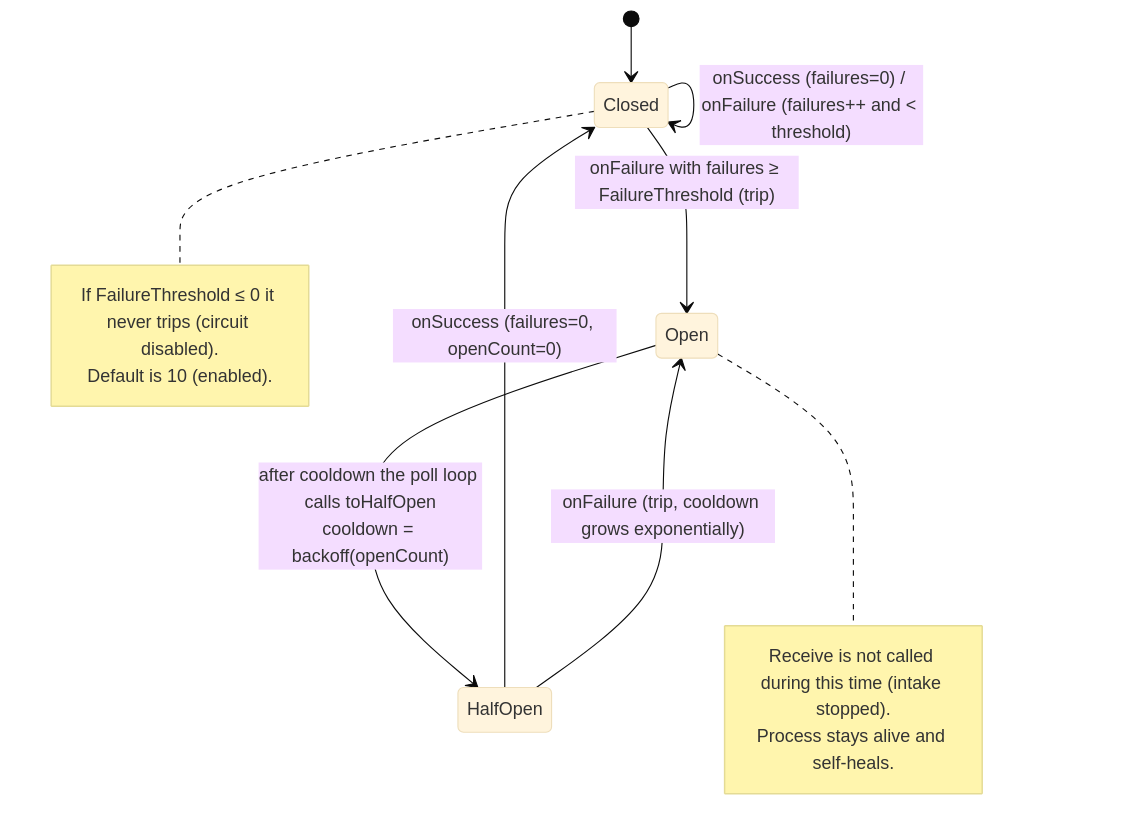
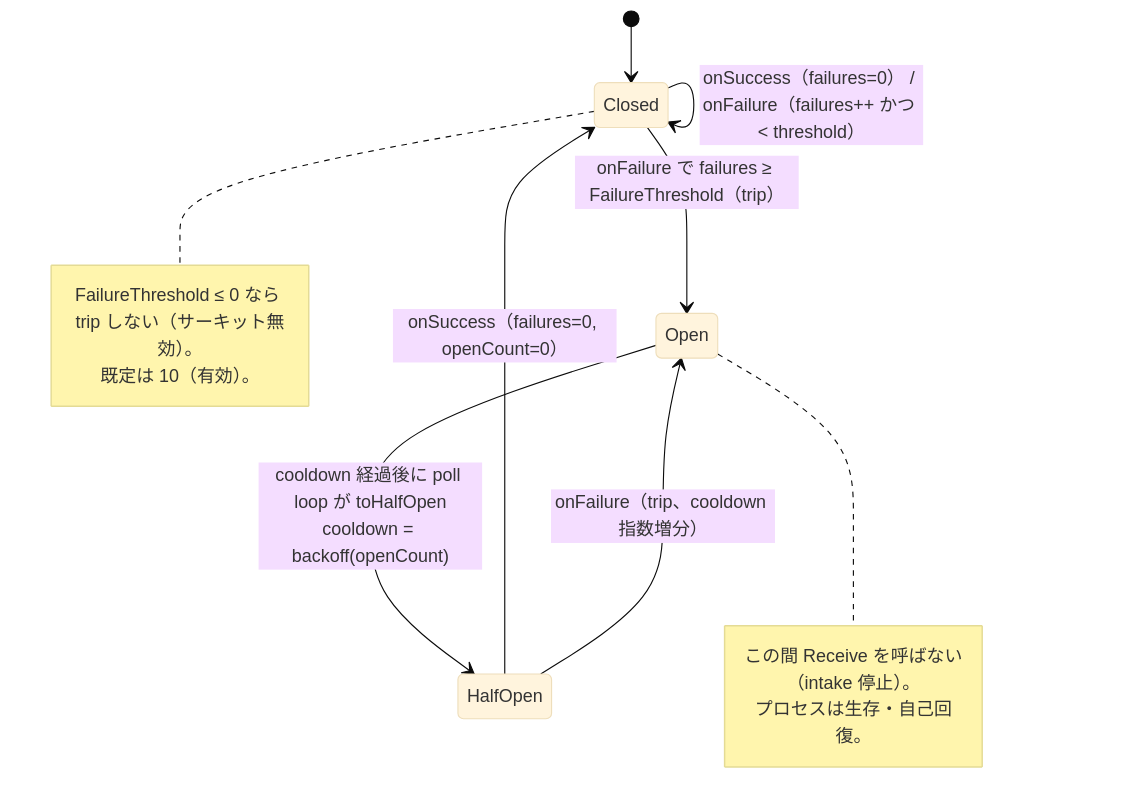
The second of 6 diagrams in docs/design/worker.md (Tomy-ch/go-boilerplate), drawn with Mermaid (base theme) before and after one commit. The commit also changed other lines of this file and 970 other files, not shown here.

````diff
--- a/docs/design/worker.md
+++ b/docs/design/worker.md
@@ -50,18 +50,18 @@
 ```mermaid
 stateDiagram-v2
     [*] --> Closed
-    Closed --> Closed: onSuccess (failures=0) / onFailure (failures++ and < threshold)
-    Closed --> Open: onFailure with failures ≥ FailureThreshold (trip)
-    Open --> HalfOpen: after cooldown the poll loop calls toHalfOpen<br/>cooldown = backoff(openCount)
-    HalfOpen --> Closed: onSuccess (failures=0, openCount=0)
-    HalfOpen --> Open: onFailure (trip, cooldown grows exponentially)
+    Closed --> Closed: onSuccess（failures=0） / onFailure（failures++ かつ < threshold）
+    Closed --> Open: onFailure で failures ≥ FailureThreshold（trip）
+    Open --> HalfOpen: cooldown 経過後に poll loop が toHalfOpen<br/>cooldown = backoff(openCount)
+    HalfOpen --> Closed: onSuccess（failures=0, openCount=0）
+    HalfOpen --> Open: onFailure（trip、cooldown 指数増分）
 
     note right of Open
-      Receive is not called during this time (intake stopped).
-      Process stays alive and self-heals.
+      この間 Receive を呼ばない（intake 停止）。
+      プロセスは生存・自己回復。
     end note
     note right of Closed
-      If FailureThreshold ≤ 0 it never trips (circuit disabled).
-      Default is 10 (enabled).
+      FailureThreshold ≤ 0 なら trip しない（サーキット無効）。
+      既定は 10（有効）。
     end note
 ```
````
